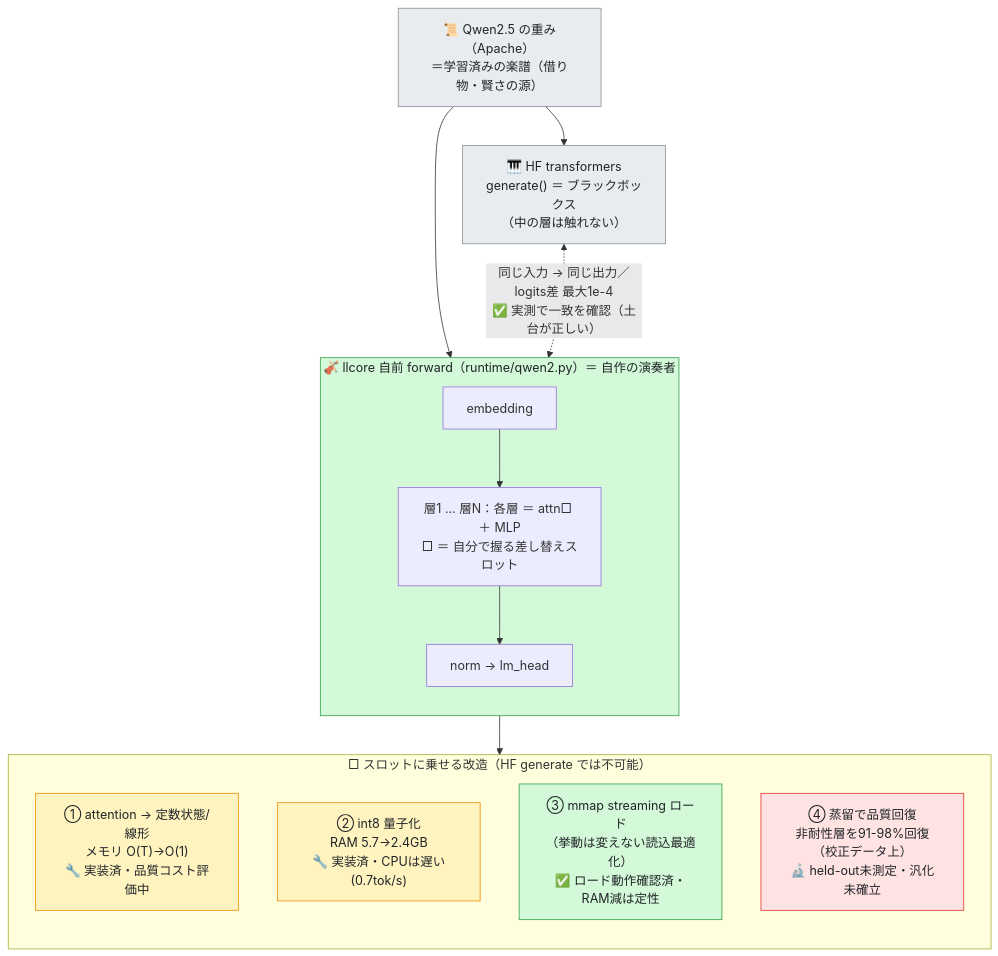
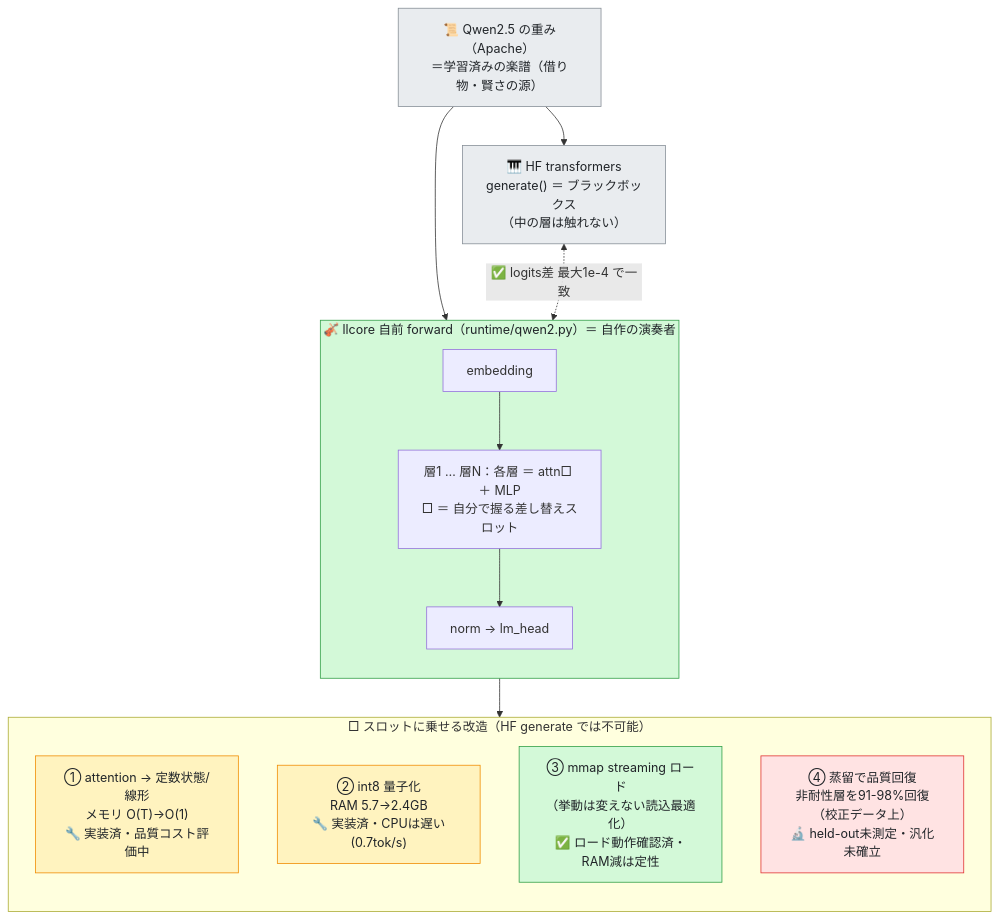
One commit to furuse-kazufumi/fullsense changed the diagram in docs/articles/drafts/QIITA_#43_honest_proxy_ja.md. Above: the diagram before and after it, drawn with Mermaid.

Commit message:
docs(article#43): mermaid のHF-NAT エッジラベルを単一行化(文字重なり解消)・公開記事へPATCH反映

````diff
--- a/docs/articles/drafts/QIITA_#43_honest_proxy_ja.md
+++ b/docs/articles/drafts/QIITA_#43_honest_proxy_ja.md
@@ -467,28 +467,28 @@
 ```mermaid
 flowchart TB
     W["📜 Qwen2.5 の重み（Apache）<br/>＝学習済みの楽譜（借り物・賢さの源）"]
     W --> HF
     W --> NAT
     HF["🎹 HF transformers<br/>generate() ＝ ブラックボックス<br/>（中の層は触れない）"]
     subgraph NAT["🎻 llcore 自前 forward（runtime/qwen2.py）＝ 自作の演奏者"]
         direction TB
         E["embedding"] --> LY["層1 … 層N：各層 ＝ attn□ ＋ MLP<br/>□ ＝ 自分で握る差し替えスロット"] --> O["norm → lm_head"]
     end
-    HF <-.->|"同じ入力 → 同じ出力／logits差 最大1e-4<br/>✅ 実測で一致を確認（土台が正しい）"| NAT
+    HF <-.->|"✅ logits差 最大1e-4 で一致"| NAT
     NAT --> MOD
     subgraph MOD["□ スロットに乗せる改造（HF generate では不可能）"]
         direction TB
         M1["① attention → 定数状態/線形<br/>メモリ O(T)→O(1)<br/>🔧 実装済・品質コスト評価中"]
         M2["② int8 量子化<br/>RAM 5.7→2.4GB<br/>🔧 実装済・CPUは遅い(0.7tok/s)"]
         M3["③ mmap streaming ロード<br/>（挙動は変えない読込最適化）<br/>✅ ロード動作確認済・RAM減は定性"]
         M4["④ 蒸留で品質回復<br/>非耐性層を91-98%回復（校正データ上）<br/>🔬 held-out未測定・汎化未確立"]
     end
     classDef borrowed fill:#e9ecef,stroke:#868e96,color:#212529
     classDef done fill:#d3f9d8,stroke:#2f9e44,color:#212529
     classDef wip fill:#fff3bf,stroke:#f08c00,color:#212529
     classDef research fill:#ffe3e3,stroke:#e03131,color:#212529
     class W,HF borrowed
     class NAT,M3 done
     class M1,M2 wip
     class M4 research
 ```
````
